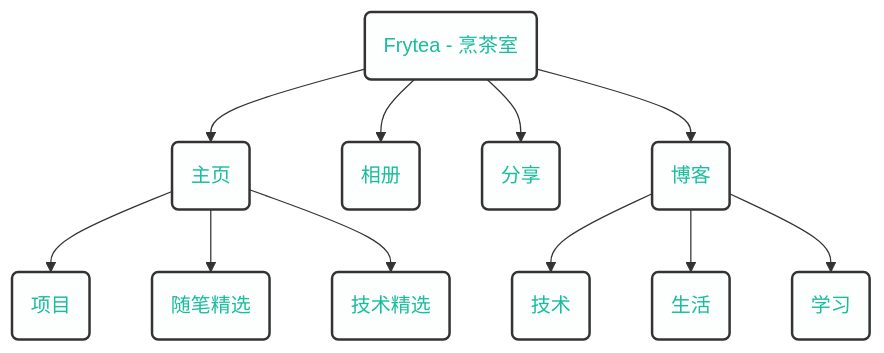
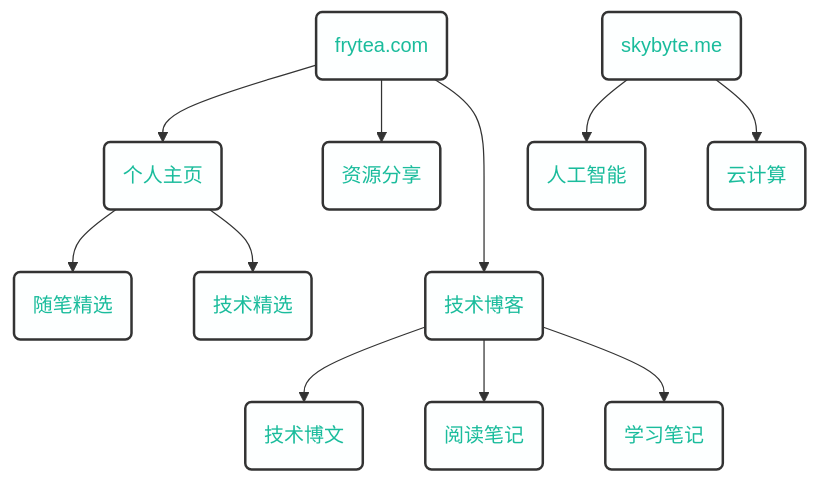
The diagram in content/about.md (songtianlun/songtianlun.github.io), drawn with Mermaid before and after one commit. The commit also changed other lines of this file and 270 other files, not shown here.

````diff
--- a/content/about.md
+++ b/content/about.md
@@ -18,27 +18,30 @@
 ```mermaid
 graph TD
-    F(Frytea - 烹茶室)-->H(主页)
-    F-->P(相册)
-    F-->D(分享)
-    F-->B(博客)
-    H-->HPR(项目)
+
+
+    F(frytea.com)-->H(个人主页)
+    F-->D(资源分享)
+    F--->B(技术博客)
+
     H-->HA(随笔精选)
     H-->HT(技术精选)
-    B-->BT(技术)
-    B-->BL(生活)
-    B-->BS(学习)
+
+    B-->BT(技术博文)
+    B-->BL(阅读笔记)
+    B-->BS(学习笔记)
+
+    S(skybyte.me)-->SA(人工智能)
+    S-->SC(云计算)
+
     click F "https://www.frytea.com"
     click H "https://www.frytea.com"
+    click S "https://skybyte.me"
     click B "https://blog.frytea.com"
     click D "https://res.frytea.com"
     click P "https://image.frytea.com"
-    click HPR "https://www.frytea.com/technology/projects/"
-    click HA "https://www.frytea.com/posts/"
-    click HT "https://www.frytea.com/technology/"
-    click BT "https://blog.frytea.com/category/it/"
-    click BL "https://blog.frytea.com/category/life/"
-    click BS "https://blog.frytea.com/category/study/"
+
     classDef allNode fill:#fdffff,color:#1abc9c,stroke:#333,stroke-width:2px,size:9px;
-    class F,D,H,B,P allNode;
+    class F,D,H,B,P,S allNode;
     class HPR,HA,HT,BT,BL,BS allNode;
+    class SA,SC allNode;
 ```
````
